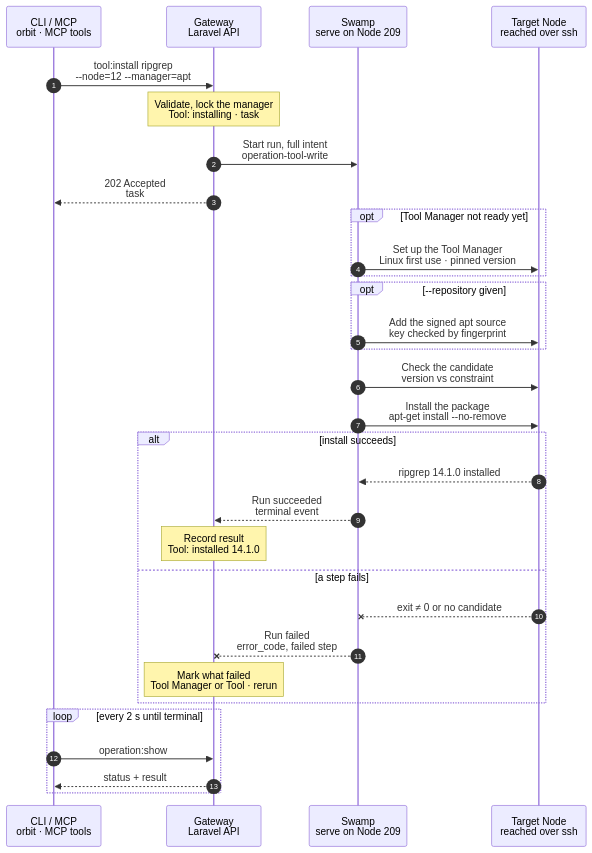
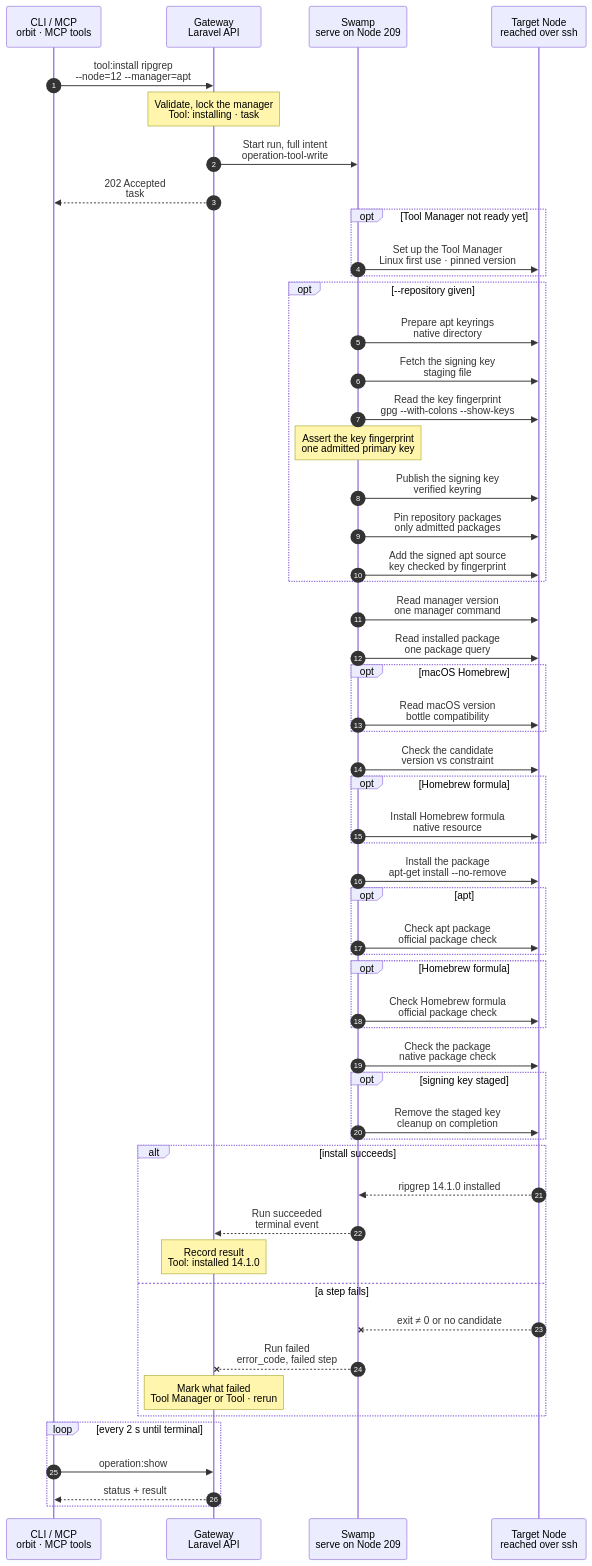
One commit to hardimpactdev/orbit changed the diagram in docs/flows/tool.install.mmd. Above: the diagram before and after it, drawn with Mermaid. The commit also changed 38 other files, not shown here.

Commit message:
refactor(tools): replace package scripts with native resources and argv

```diff
--- a/docs/flows/tool.install.mmd
+++ b/docs/flows/tool.install.mmd
@@ -1,117 +1,141 @@
 sequenceDiagram
   %% Target design: ADR 0244 task, DECISIONS R1-R4 (process.stop shape), ADR 0242 signed apt sources, single-swamp-node.
   %% status: reviewed
   %% command: tool:install
   autonumber
   %% lane CLI icon=terminal pill=caller tone=gray
   %% lane GW icon=gateway pill=intent tone=blue
   %% lane SW icon=workflow pill=executes tone=green
   %% lane N icon=server pill=target tone=amber
   participant CLI as CLI / MCP<br/>orbit · MCP tools
   participant GW as Gateway<br/>Laravel API
   participant SW as Swamp<br/>serve on Node 209
   participant N as Target Node<br/>reached over ssh
   CLI->>GW: tool:install ripgrep<br/>--node=12 --manager=apt
   %%> Command:
   %%> - `orbit tool:install ripgrep --node=12 --manager=apt`
   %%> - syntax: `<package> --node=ID --manager=MANAGER [--constraint=RANGE] [--repository=JSON]`
   %%> Input:
   %%> - the package, as its manager names it
   %%> - the Node and the Tool Manager: `apt`, `composer`, `vp`, `brew` or `brew-cask`, as the Node's platform supports
   %%> - optionally a SemVer constraint, which only stops an unsafe version
   %%> - optionally a signed apt repository, for packages outside Ubuntu's own (ADR 0242)
   Note over GW: Validate, lock the manager<br/>Tool: installing · task #5133
   %%> Requirements:
   %%> - your Node has an access grant to Node 12
   %%> - Node 12's platform supports the Tool Manager, and its installation isn't conflicting
   %%> - the package isn't already a Tool on Node 12
   %%> - the package isn't protected: packages Orbit manages itself, such as Caddy or PHP, can't become Tools
   %%> - no other change runs for this Tool Manager on Node 12; the Gateway holds one lock per Node and Tool Manager
   %%> Result:
   %%> - Tool `ripgrep` recorded as installing (the record is dropped if the Tool Manager setup fails)
   %%> - task #5133 recorded with the full intent
   %%> - nothing has happened on the Node yet
   GW->>SW: Start run, full intent<br/>operation-tool-write
   %%> What it does:
   %%> - starts one Swamp run on serve (Node 209)
   %%> Inputs:
   %%> - the package, manager, constraint and repository definition
   %%> - Node 12's address and SSH host keys; the SSH identity comes from the `swamp` role
   GW-->>CLI: 202 Accepted<br/>task #5133
   %%> What you get:
   %%> - the task number, at once
   %%> Next:
   %%> - the CLI follows the task with `operation:show`
   opt Tool Manager not ready yet
     SW->>N: Set up the Tool Manager<br/>Linux first use · pinned version
     %%> When:
     %%> - only on Linux, the first time this Tool Manager is used on the Node
     %%> Per Tool Manager:
     %%> - `apt`: always ready; `node:add` sets it up
     %%> - `composer`: installed on first use (or with the `app-dev`/`app-prod` role)
     %%> - `vp` (Vite+): installed on first use (or with an application role)
     %%> - `brew` (Homebrew): installs a pinned Homebrew revision on first use
     %%> - macOS (`brew`, `brew-cask`, `vp`): never installed by Orbit; Orbit only checks the existing installation
     %%> What it does:
     %%> - installs the Tool Manager itself at a pinned version and checks that version
     %%> Not supported:
     %%> - other Tool Managers such as `mise`; Orbit has five, fixed in code
   end
   opt --repository given
+    SW->>N: Prepare apt keyrings<br/>native directory
+    SW->>N: Fetch the signing key<br/>staging file
+    SW->>N: Read the key fingerprint<br/>gpg --with-colons --show-keys
+    Note over SW: Assert the key fingerprint<br/>one admitted primary key
+    SW->>N: Publish the signing key<br/>verified keyring
+    SW->>N: Pin repository packages<br/>only admitted packages
     SW->>N: Add the signed apt source<br/>key checked by fingerprint
     %%> When:
     %%> - only for `apt` with `--repository`
     %%> What it does:
     %%> - downloads the signing key and checks its fingerprint
     %%> - adds the apt source, so apt trusts only packages signed with that key
   end
+  SW->>N: Read manager version<br/>one manager command
+  SW->>N: Read installed package<br/>one package query
+  opt macOS Homebrew
+    SW->>N: Read macOS version<br/>bottle compatibility
+  end
   SW->>N: Check the candidate<br/>version vs constraint
   %%> What it does:
   %%> - asks the manager which version it would install
   %%> - compares it with the constraint; a version outside it stops the run here
+  opt Homebrew formula
+    SW->>N: Install Homebrew formula<br/>native resource
+  end
   SW->>N: Install the package<br/>apt-get install --no-remove
   %%> What it does:
   %%> - installs the package with the manager
   %%> - for `apt`, never removes other packages to make room
   %%> Busy apt lock:
   %%> - when Ubuntu's automatic updates hold the apt lock, it waits for the lock within the run's time budget, then fails
   %%> Runs as:
   %%> - root for `apt`; the Node's managed user for `composer` and `vp`
+  opt apt
+    SW->>N: Check apt package<br/>official package check
+  end
+  opt Homebrew formula
+    SW->>N: Check Homebrew formula<br/>official package check
+  end
+  SW->>N: Check the package<br/>native package check
+  opt signing key staged
+    SW->>N: Remove the staged key<br/>cleanup on completion
+  end
   alt install succeeds
     N-->>SW: ripgrep 14.1.0 installed
     %%> Returns:
     %%> - the installed version, read back from the manager
     SW-->>GW: Run succeeded<br/>terminal event
     %%> How the Gateway learns it:
     %%> - its shared run reader sees the terminal event; Swamp never calls the Gateway
     Note over GW: Record result<br/>Tool: installed 14.1.0
     %%> Result:
     %%> - Tool `ripgrep` recorded as installed, version 14.1.0
     %%> - the apt repository recorded, when one was given
     %%> - task #5133 succeeds
   else a step fails
     N--xSW: exit ≠ 0 or no candidate
     %%> When:
     %%> - the manager can't install, the key doesn't match, or no version fits the constraint
     SW--xGW: Run failed<br/>error_code, failed step
     %%> The Gateway reads:
     %%> - which step failed and its error code
     Note over GW: Mark what failed<br/>Tool Manager or Tool · rerun
     %%> Result when the Tool Manager setup failed:
     %%> - the Tool Manager is marked failed
     %%> - no Tool is recorded
     %%> Result when the install failed:
     %%> - Tool `ripgrep` marked failed, so you can see it
     %%> Always:
     %%> - task #5133 fails
     %%> On the Node:
     %%> - a manager or apt source set up before the failure stays; a rerun reuses it
   end
   loop every 2 s until terminal
     CLI->>GW: operation:show #5133
     %%> What it does:
     %%> - asks for the task's status every 2 seconds until it has ended
     GW-->>CLI: status + result
     %%> Returns:
     %%> - the current status, and the result once the task has ended
   end
```
